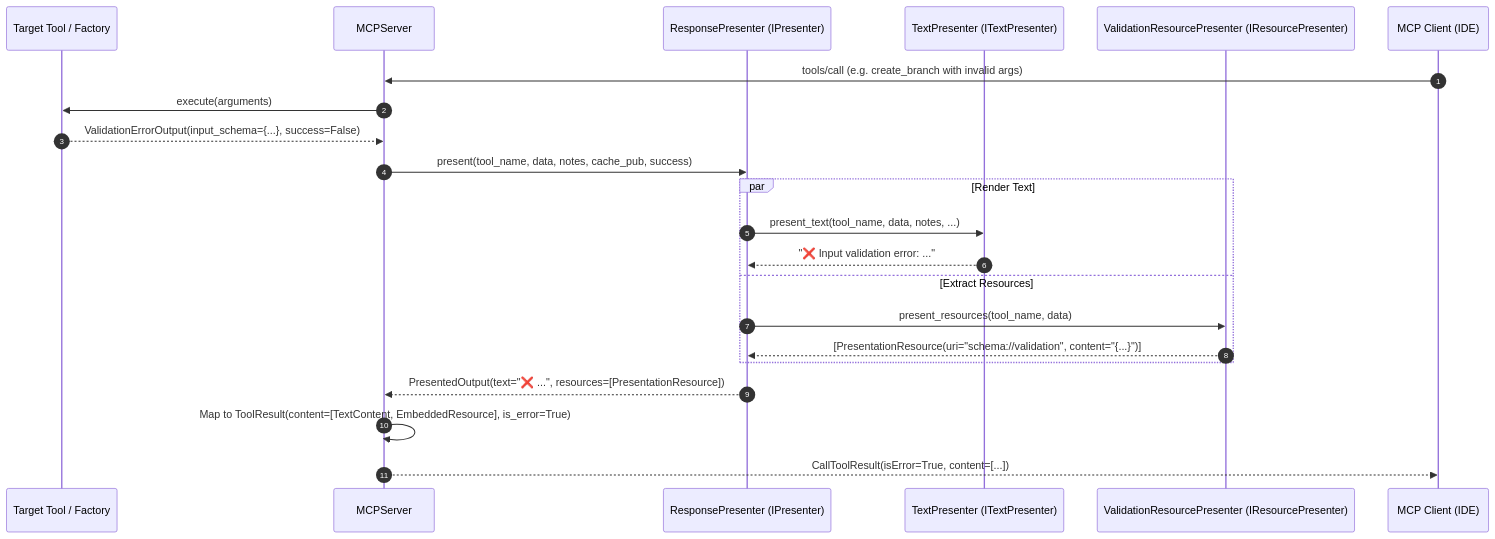
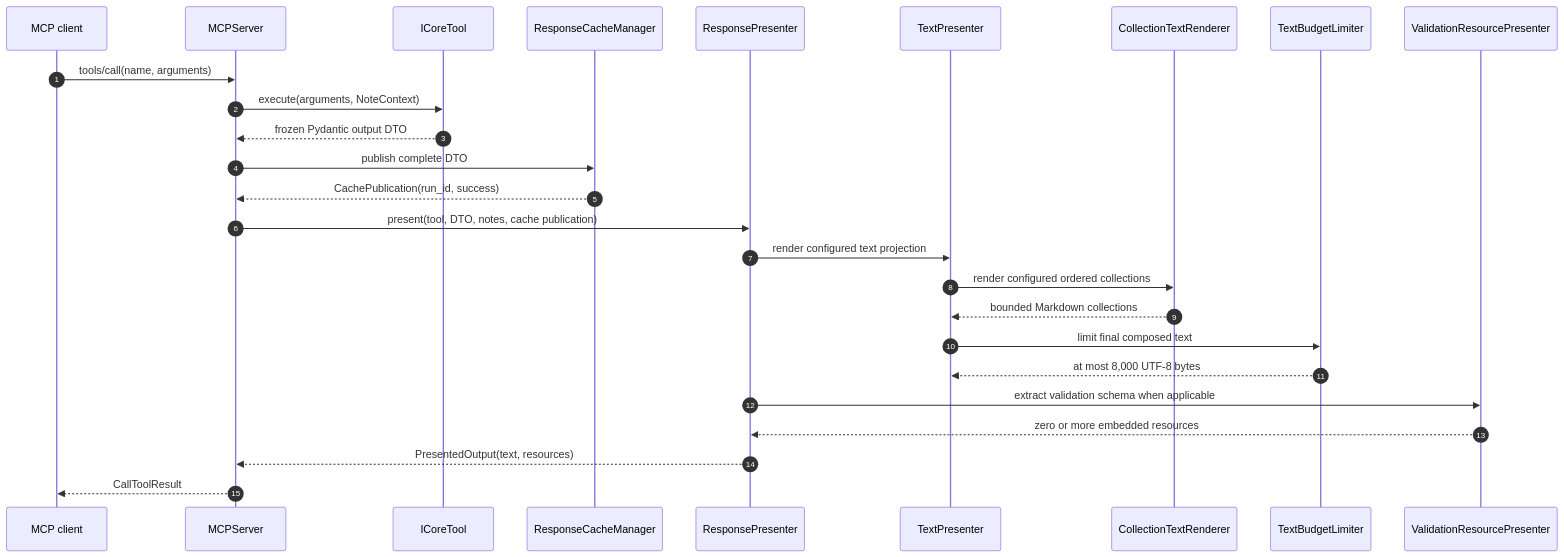
One commit to MikeyVK/S1mpleTraderV3 changed the diagram in docs/reference/presentation_architecture.md. Above: the diagram before and after it, drawn with Mermaid. The commit also changed other lines of this file and 14 other files, not shown here.

````diff
--- a/docs/reference/presentation_architecture.md
+++ b/docs/reference/presentation_architecture.md
@@ -71,29 +34,29 @@
 ```mermaid
 sequenceDiagram
     autonumber
-    participant Tool as Target Tool / Factory
+    participant Client as MCP client
     participant Server as MCPServer
-    participant Composite as ResponsePresenter (IPresenter)
-    participant TextPres as TextPresenter (ITextPresenter)
-    participant ResPres as ValidationResourcePresenter (IResourcePresenter)
-    participant Client as MCP Client (IDE)
+    participant Tool as ICoreTool
+    participant Cache as ResponseCacheManager
+    participant Presenter as ResponsePresenter
+    participant Text as TextPresenter
+    participant Collections as CollectionTextRenderer
+    participant Budget as TextBudgetLimiter
+    participant Resources as ValidationResourcePresenter
 
-    Client->>Server: tools/call (e.g. create_branch with invalid args)
-    Server->>Tool: execute(arguments)
-    Tool-->>Server: ValidationErrorOutput(input_schema={...}, success=False)
-    
-    Server->>Composite: present(tool_name, data, notes, cache_pub, success)
-    
-    par Render Text
-        Composite->>TextPres: present_text(tool_name, data, notes, ...)
-        TextPres-->>Composite: "❌ Input validation error: ..."
-    and Extract Resources
-        Composite->>ResPres: present_resources(tool_name, data)
-        ResPres-->>Composite: [PresentationResource(uri="schema://validation", content="{...}")]
-    end
-    
-    Composite-->>Server: PresentedOutput(text="❌ ...", resources=[PresentationResource])
-    
-    Server->>Server: Map to ToolResult(content=[TextContent, EmbeddedResource], is_error=True)
-    Server-->>Client: CallToolResult(isError=True, content=[...])
+    Client->>Server: tools/call(name, arguments)
+    Server->>Tool: execute(arguments, NoteContext)
+    Tool-->>Server: frozen Pydantic output DTO
+    Server->>Cache: publish complete DTO
+    Cache-->>Server: CachePublication(run_id, success)
+    Server->>Presenter: present(tool, DTO, notes, cache publication)
+    Presenter->>Text: render configured text projection
+    Text->>Collections: render configured ordered collections
+    Collections-->>Text: bounded Markdown collections
+    Text->>Budget: limit final composed text
+    Budget-->>Text: at most 8,000 UTF-8 bytes
+    Presenter->>Resources: extract validation schema when applicable
+    Resources-->>Presenter: zero or more embedded resources
+    Presenter-->>Server: PresentedOutput(text, resources)
+    Server-->>Client: CallToolResult
 ```
````
